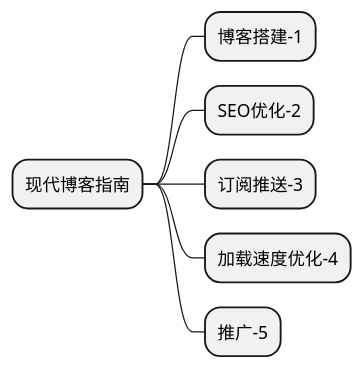
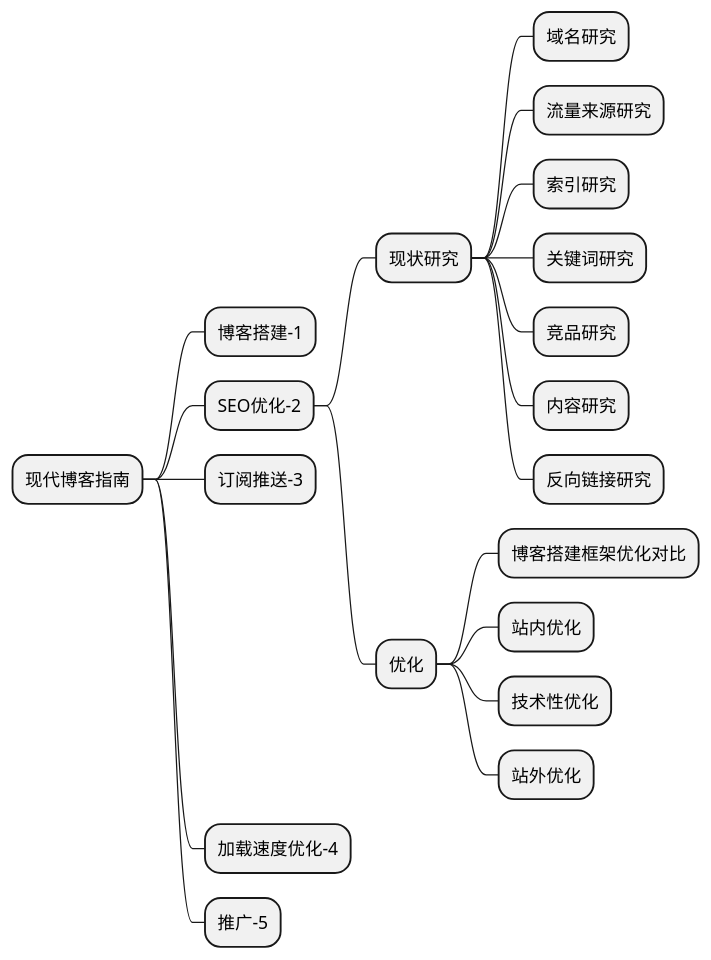
One commit to bmpi-dev/bmpi.dev changed the diagram in content/dev/guide-to-setup-blog-site-with-zero-cost-2/blog-seo.plantuml. Above: the diagram before and after it, drawn with PlantUML. The commit also changed 1 other file, not shown here.

```diff
--- a/content/dev/guide-to-setup-blog-site-with-zero-cost-2/blog-seo.plantuml
+++ b/content/dev/guide-to-setup-blog-site-with-zero-cost-2/blog-seo.plantuml
@@ -1,9 +1,22 @@
 @startmindmap
 skinparam monochrome true
 * 现代博客指南
 ** 博客搭建-1
 ** SEO优化-2
+*** 现状研究
+**** 域名研究
+**** 流量来源研究
+**** 索引研究
+**** 关键词研究
+**** 竞品研究
+**** 内容研究
+**** 反向链接研究
+*** 优化
+**** 博客搭建框架优化对比
+**** 站内优化
+**** 技术性优化
+**** 站外优化
 ** 订阅推送-3
 ** 加载速度优化-4
 ** 推广-5
 @endmindmap
```
